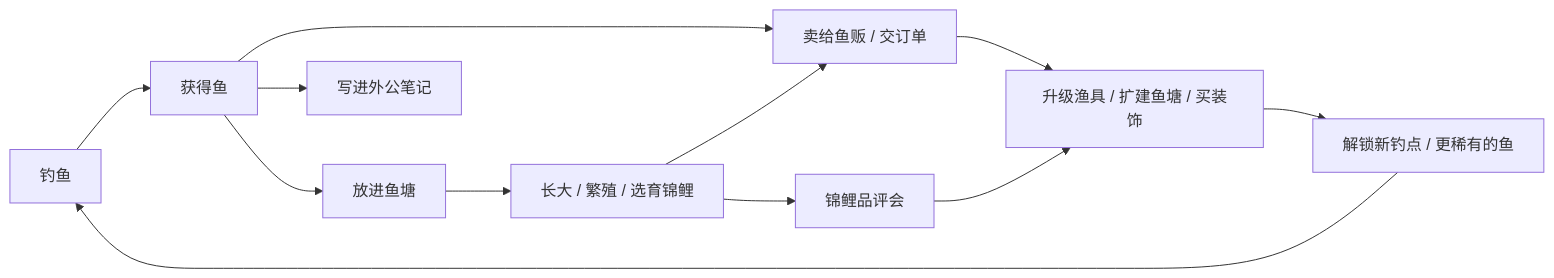
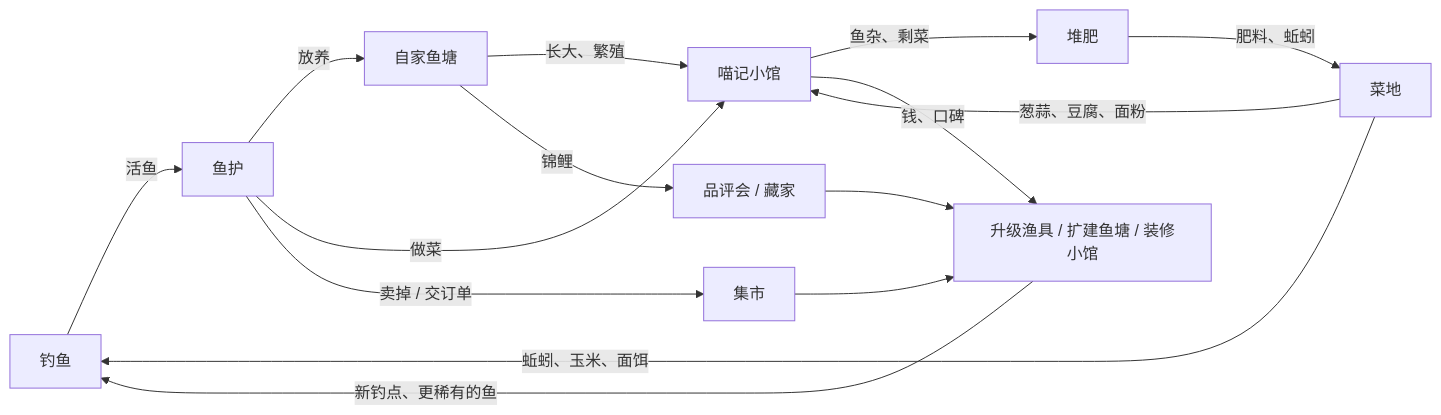
Before and after one commit to bocmiao/fishing: the first of 2 diagrams in docs/game-design.md, drawn with Mermaid. The commit also changed other lines of this file and 6 other files, not shown here.

````diff
--- a/docs/game-design.md
+++ b/docs/game-design.md
@@ -192,14 +202,17 @@
 ```mermaid
 flowchart LR
-    A[钓鱼] --> B[获得鱼]
-    B --> C[卖给鱼贩 / 交订单]
-    B --> D[放进鱼塘]
-    B --> E[写进外公笔记]
-    D --> F[长大 / 繁殖 / 选育锦鲤]
-    F --> C
-    F --> G[锦鲤品评会]
-    C --> H[升级渔具 / 扩建鱼塘 / 买装饰]
-    G --> H
-    H --> I[解锁新钓点 / 更稀有的鱼]
-    I --> A
+    F[钓鱼] -->|活鱼| N[鱼护]
+    N -->|放养| P[自家鱼塘]
+    N -->|做菜| R[喵记小馆]
+    N -->|卖掉 / 交订单| M[集市]
+    P -->|长大、繁殖| R
+    P -->|锦鲤| K[品评会 / 藏家]
+    G[菜地] -->|蚯蚓、玉米、面饵| F
+    G -->|葱蒜、豆腐、面粉| R
+    R -->|鱼杂、剩菜| C[堆肥]
+    C -->|肥料、蚯蚓| G
+    R -->|钱、口碑| U[升级渔具 / 扩建鱼塘 / 装修小馆]
+    M --> U
+    K --> U
+    U -->|新钓点、更稀有的鱼| F
 ```
````
